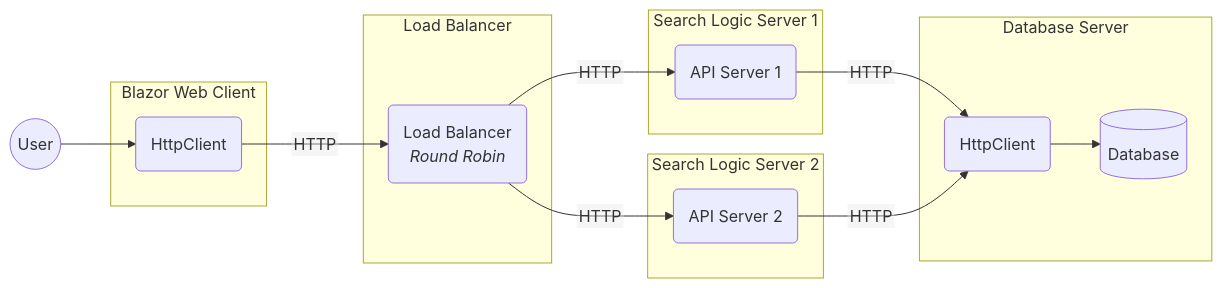
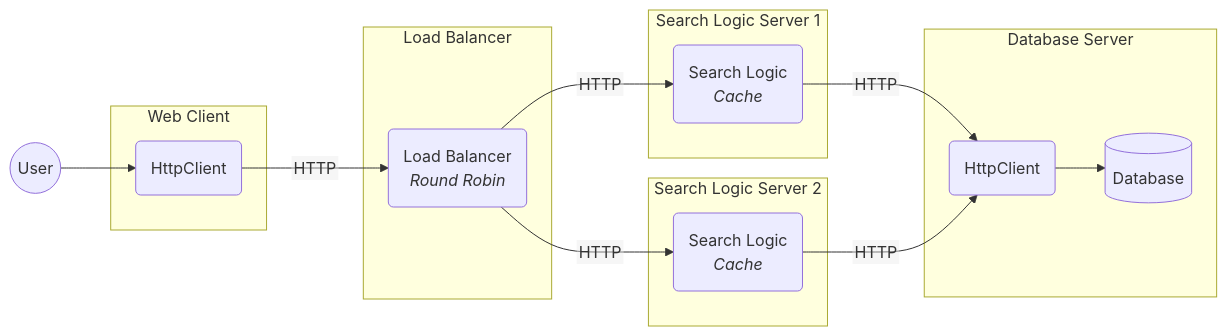
One commit to bygvraa/searchengine changed the first of 3 diagrams in Search/README.md. Above: the diagram before and after it, drawn with Mermaid. The commit also changed other lines of this file, not shown here.

````diff
--- a/Search/README.md
+++ b/Search/README.md
@@ -3,29 +3,31 @@
 ```mermaid
 %%{init: {"flowchart": {"htmlLabels": false}} }%%
 flowchart LR
     A((User)) --> B
 
-    subgraph "Blazor Web Client"
+    subgraph "Web Client"
         B(HttpClient)
     end
 
     subgraph "Load Balancer"
         B -- HTTP --> C("`Load Balancer
                         *Round Robin*`")
     end
 
     subgraph "Search Logic Server 1"
-        C -- HTTP --> D1(API Server 1)
+        C -- HTTP --> D1("`Search Logic
+                            *Cache*`")
     end
 
     subgraph "Search Logic Server 2"
-        C -- HTTP --> D2(API Server 2)
+        C -- HTTP --> D2("`Search Logic
+                            *Cache*`")
     end
 
     subgraph "Database Server"
         D1 -- HTTP --> E(HttpClient)
         D2 -- HTTP --> E
         E --> F[(Database)]
     end
 
 ```
````
